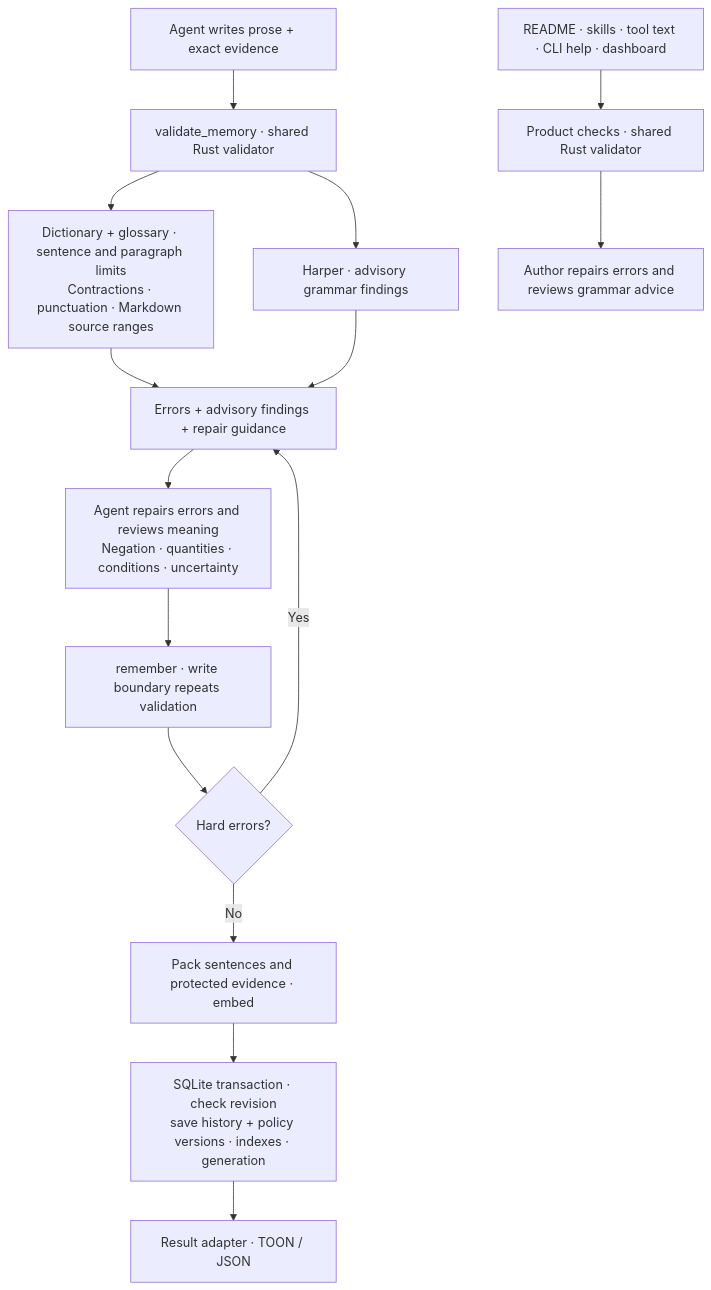
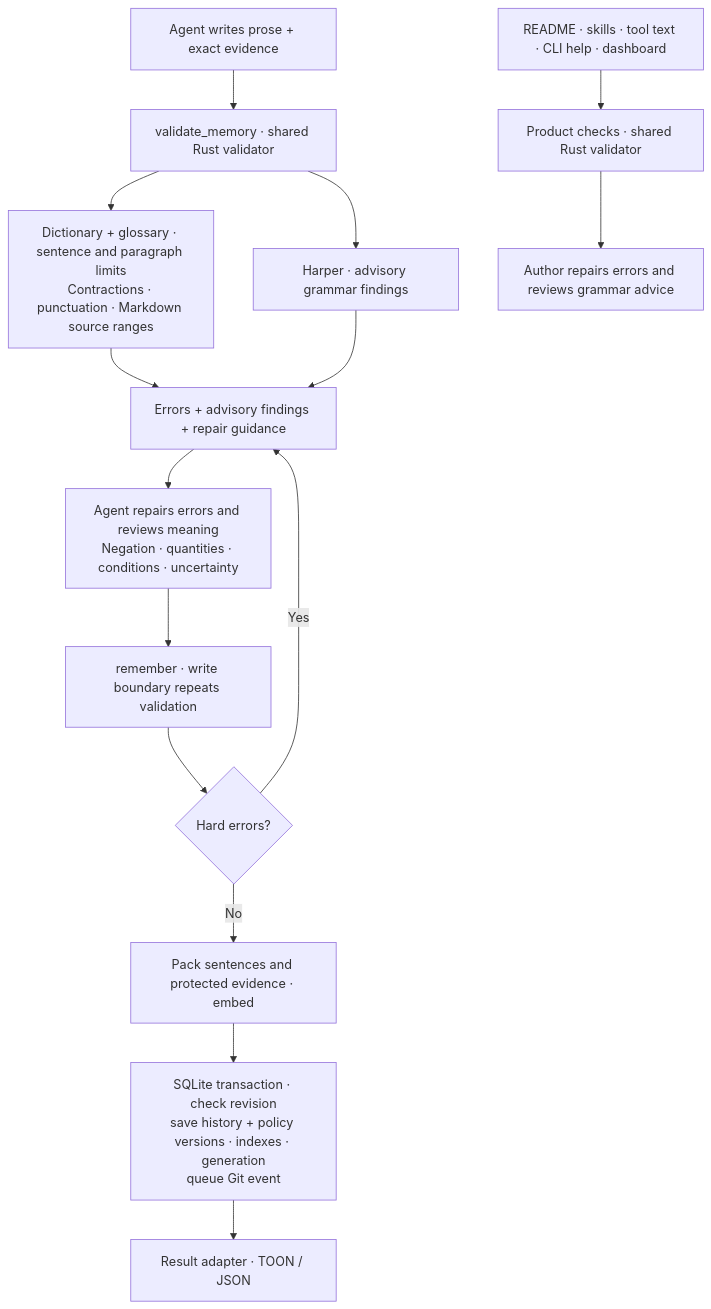
The second of 2 diagrams in README.md (enfour-digital/enfour-memory), drawn with Mermaid before and after one commit. The commit also changed other lines of this file and 20 other files, not shown here.

Commit message:
feat: add agent memory mode with automatic private Git history

````diff
--- a/README.md
+++ b/README.md
@@ -128,17 +164,17 @@
 ```mermaid
 flowchart TB
     agent["Agent writes prose + exact evidence"] --> preflight["validate_memory · shared Rust validator"]
     preflight --> rules["Dictionary + glossary · sentence and paragraph limits<br/>Contractions · punctuation · Markdown source ranges"]
     preflight --> grammar["Harper · advisory grammar findings"]
     rules --> report["Errors + advisory findings + repair guidance"]
     grammar --> report
     report --> review["Agent repairs errors and reviews meaning<br/>Negation · quantities · conditions · uncertainty"]
     review --> save["remember · write boundary repeats validation"]
     save --> gate{"Hard errors?"}
     gate -- Yes --> report
     gate -- No --> chunks["Pack sentences and protected evidence · embed"]
-    chunks --> transaction["SQLite transaction · check revision<br/>save history + policy versions · indexes · generation"]
+    chunks --> transaction["SQLite transaction · check revision<br/>save history + policy versions · indexes · generation<br/>queue Git event"]
     transaction --> output["Result adapter · TOON / JSON"]
     docs["README · skills · tool text · CLI help · dashboard"] --> checks["Product checks · shared Rust validator"]
     checks --> human["Author repairs errors and reviews grammar advice"]
 ```
````
